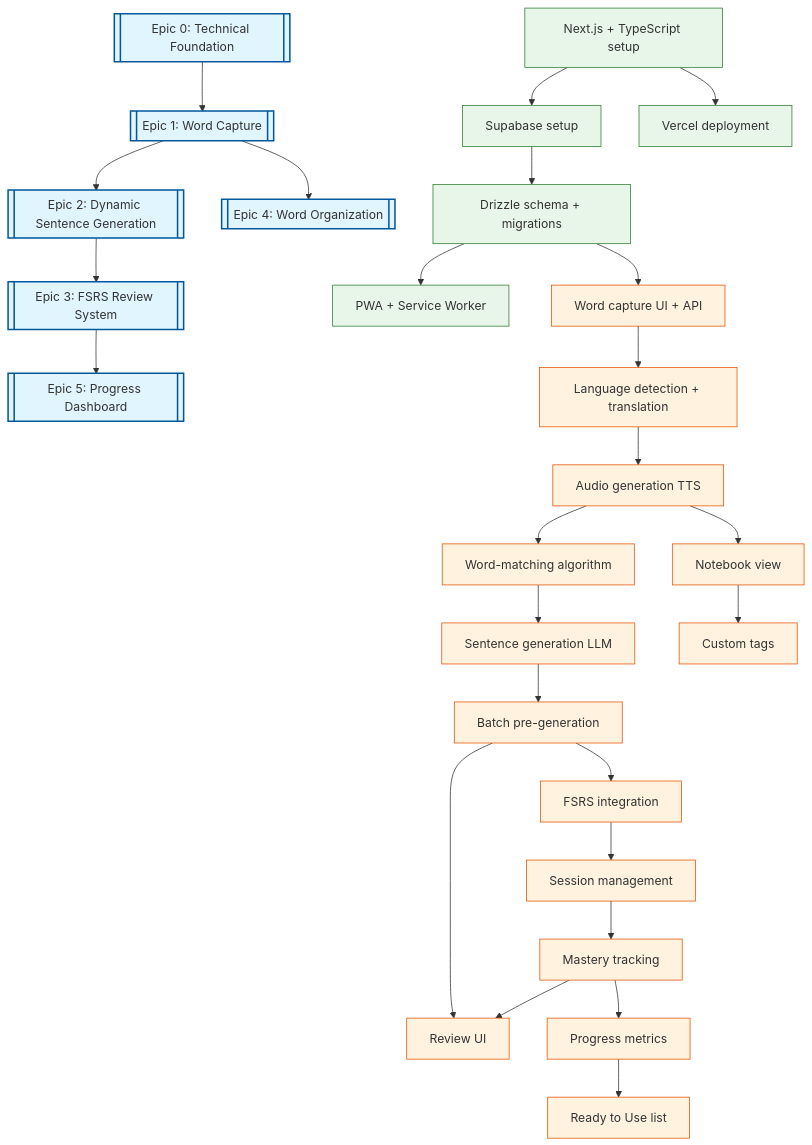
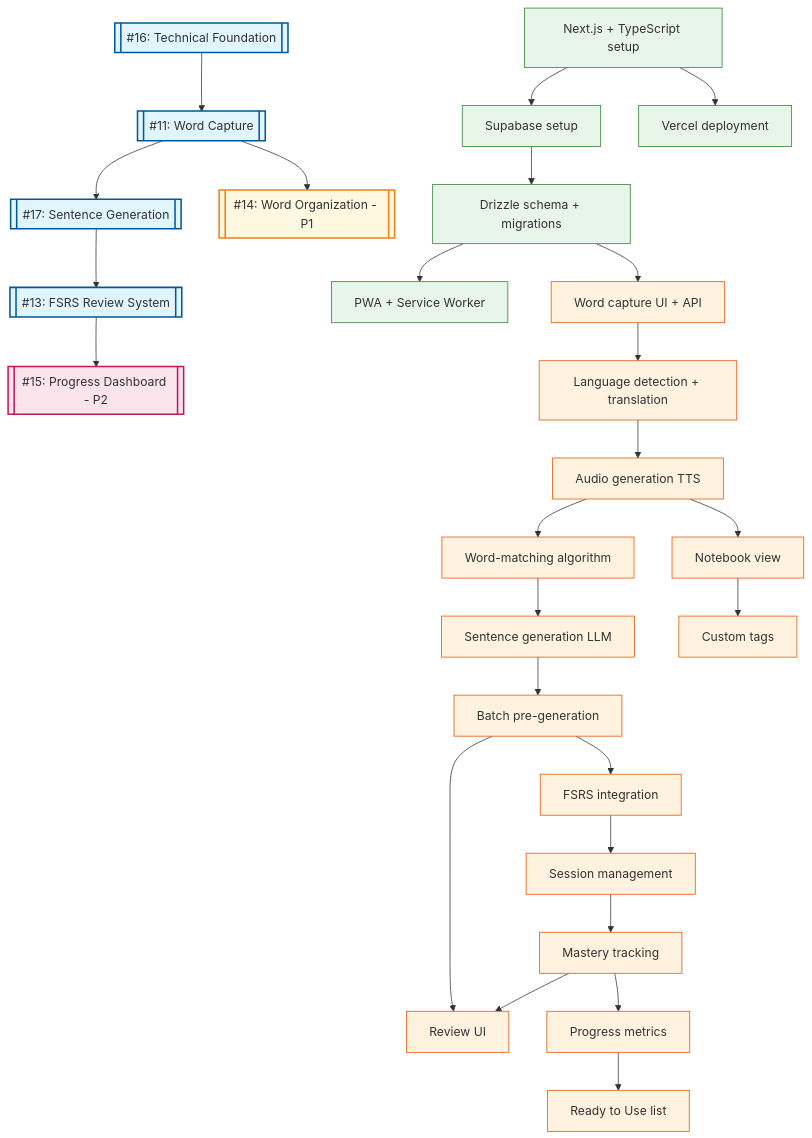
The diagram in docs/engineering/dependency_graph.md (ksimons29/learnthelanguageyoulivein), drawn with Mermaid before and after one commit. The commit also changed other lines of this file, not shown here.

First line of the commit message:
Update dependency graph with GitHub issue numbers

````diff
--- a/docs/engineering/dependency_graph.md
+++ b/docs/engineering/dependency_graph.md
@@ -3,12 +14,12 @@
 ```mermaid
 graph TD
-  %% Epics
-  E0[[Epic 0: Technical Foundation]]
-  E1[[Epic 1: Word Capture]]
-  E2[[Epic 2: Dynamic Sentence Generation]]
-  E3[[Epic 3: FSRS Review System]]
-  E4[[Epic 4: Word Organization]]
-  E5[[Epic 5: Progress Dashboard]]
+  %% Epics with GitHub Issue Numbers
+  E0[[#16: Technical Foundation]]
+  E1[[#11: Word Capture]]
+  E2[[#17: Sentence Generation]]
+  E3[[#13: FSRS Review System]]
+  E4[[#14: Word Organization - P1]]
+  E5[[#15: Progress Dashboard - P2]]
 
   %% Epic Dependencies
   E0 --> E1
@@ -59,14 +70,14 @@
   T2.3 --> T3.4
   T3.3 --> T3.4
 
-  %% Epic 4 Tasks
+  %% Epic 4 Tasks (P1 - can parallel after E1)
   T4.1[Notebook view]
   T4.2[Custom tags]
 
   T1.3 --> T4.1
   T4.1 --> T4.2
 
-  %% Epic 5 Tasks
+  %% Epic 5 Tasks (P2 - depends on E3)
   T5.1[Progress metrics]
   T5.2[Ready to Use list]
 
@@ -74,11 +85,15 @@
   T5.1 --> T5.2
 
   %% Styling
-  classDef epicStyle fill:#e1f5ff,stroke:#01579b,stroke-width:2px
+  classDef epicP0 fill:#e1f5ff,stroke:#01579b,stroke-width:2px
+  classDef epicP1 fill:#fff8e1,stroke:#f57f17,stroke-width:2px
+  classDef epicP2 fill:#fce4ec,stroke:#c2185b,stroke-width:2px
   classDef taskStyle fill:#fff3e0,stroke:#e65100,stroke-width:1px
   classDef foundationTask fill:#e8f5e9,stroke:#2e7d32,stroke-width:1px
 
-  class E0,E1,E2,E3,E4,E5 epicStyle
+  class E0,E1,E2,E3 epicP0
+  class E4 epicP1
+  class E5 epicP2
   class T1.1,T1.2,T1.3,T2.1,T2.2,T2.3,T3.1,T3.2,T3.3,T3.4,T4.1,T4.2,T5.1,T5.2 taskStyle
   class T0.1,T0.2,T0.3,T0.4,T0.5 foundationTask
 ```
````
